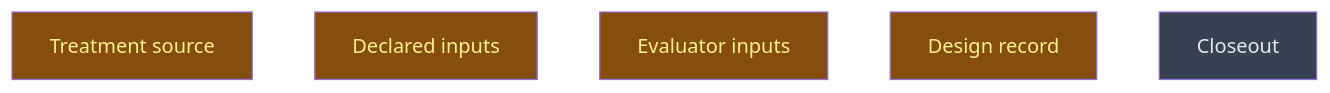
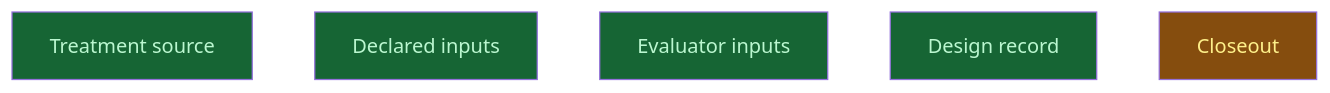
Before and after one commit to CrackingShells/Candler: the diagram in __roadmap__/m2c-wire-alignment/consumers/README.md, drawn with Mermaid. The commit also changed other lines of this file and 2 other files, not shown here.

````diff
--- a/__roadmap__/m2c-wire-alignment/consumers/README.md
+++ b/__roadmap__/m2c-wire-alignment/consumers/README.md
@@ -22,13 +22,13 @@
 ```mermaid
 graph TD
-    treatment_source[Treatment source]:::inprogress
-    declared_inputs[Declared inputs]:::inprogress
-    evaluator_inputs[Evaluator inputs]:::inprogress
-    design_record[Design record]:::inprogress
-    closeout[Closeout]:::planned
+    treatment_source[Treatment source]:::done
+    declared_inputs[Declared inputs]:::done
+    evaluator_inputs[Evaluator inputs]:::done
+    design_record[Design record]:::done
+    closeout[Closeout]:::inprogress
     classDef done       fill:#166534,color:#bbf7d0
     classDef inprogress fill:#854d0e,color:#fef08a
     classDef planned    fill:#374151,color:#e5e7eb
     classDef amendment  fill:#1e3a5f,color:#bfdbfe
     classDef blocked    fill:#7f1d1d,color:#fecaca
 ```
````
